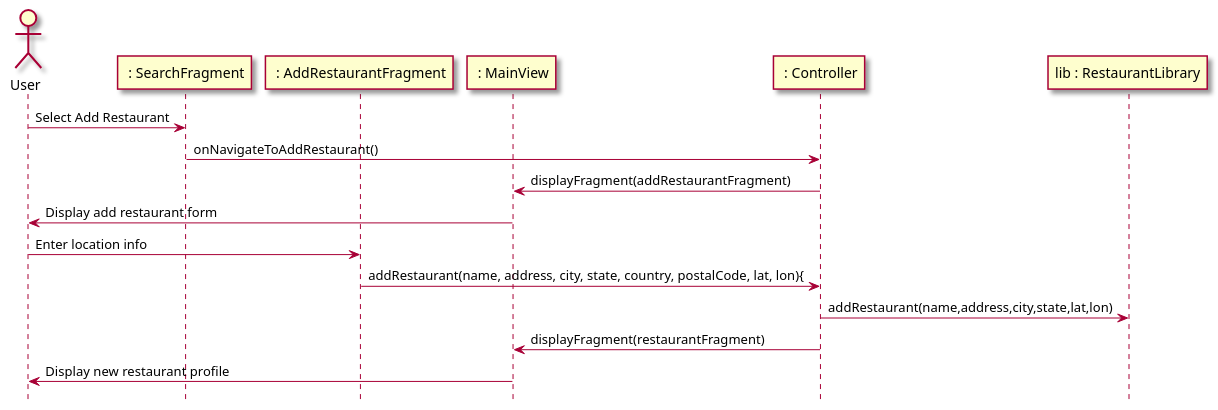
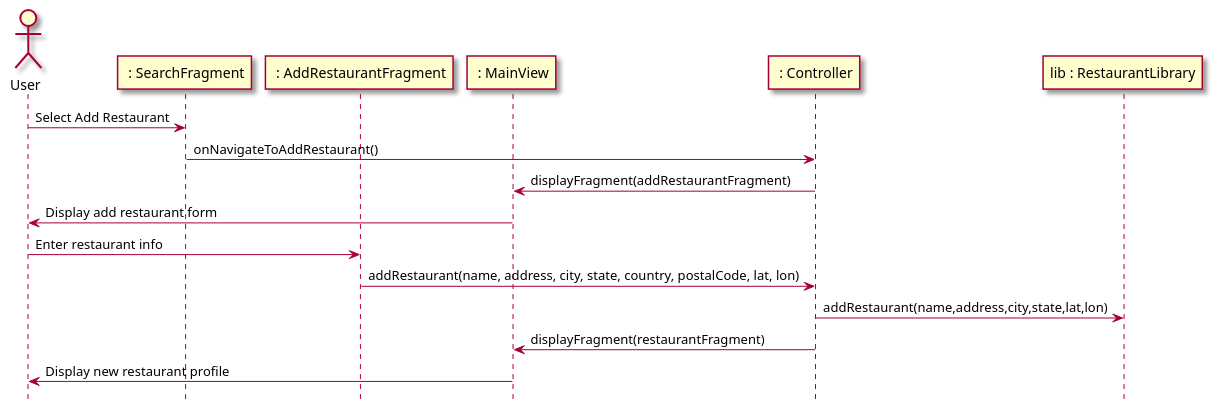
One commit to tanwasp/LunchBox-Android changed the third of 5 diagrams in intellij/doc/design.md. Above: the diagram before and after it, drawn with PlantUML. The commit also changed other lines of this file and 4 other files, not shown here.

Commit message:
Finish diagrams

````diff
--- a/intellij/doc/design.md
+++ b/intellij/doc/design.md
@@ -70,24 +70,24 @@
 ```plantuml
 @startuml
 hide footbox
 skin rose
 
 actor User as user
 participant " : SearchFragment" as searchFrag
 participant " : AddRestaurantFragment" as addRestFrag
 participant " : MainView" as mainView
 participant " : Controller" as controller
 participant "lib : RestaurantLibrary" as lib
 
 user -> searchFrag : Select Add Restaurant
 searchFrag -> controller : onNavigateToAddRestaurant()
 controller -> mainView : displayFragment(addRestaurantFragment)
 mainView -> user : Display add restaurant form
-user -> addRestFrag : Enter location info
-addRestFrag -> controller : addRestaurant(name, address, city, state, country, postalCode, lat, lon){
+user -> addRestFrag : Enter restaurant info
+addRestFrag -> controller : addRestaurant(name, address, city, state, country, postalCode, lat, lon)
 controller -> lib : addRestaurant(name,address,city,state,lat,lon)
 controller -> mainView : displayFragment(restaurantFragment)
 mainView -> user : Display new restaurant profile
 
 @enduml
 ```
````
